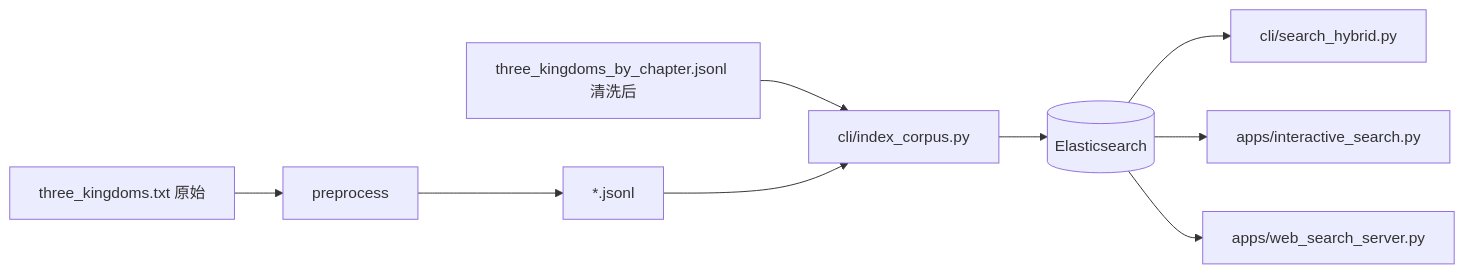
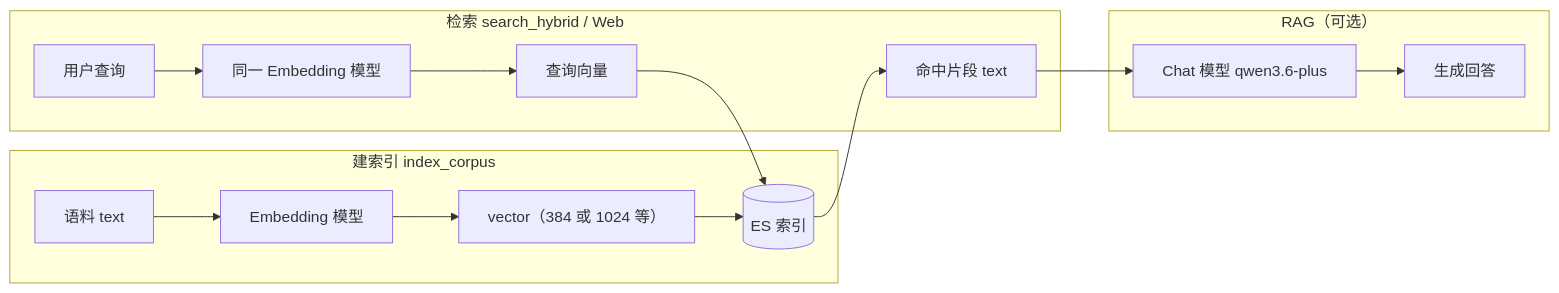
The first of 2 diagrams in README.md (muzhepei/Lite-RAG), drawn with Mermaid before and after one commit. The commit also changed other lines of this file and 23 other files, not shown here.

````diff
--- a/README.md
+++ b/README.md
@@ -546,11 +30,18 @@
 ```mermaid
 flowchart LR
-  A[three_kingdoms.txt 原始] --> B[preprocess]
-  B --> C[*.jsonl]
-  D[three_kingdoms_by_chapter.jsonl 清洗后] --> E[cli/index_corpus.py]
-  C --> E
-  E --> F[(Elasticsearch)]
-  F --> G[cli/search_hybrid.py]
-  F --> H[apps/interactive_search.py]
-  F --> I[apps/web_search_server.py]
+  subgraph index["建索引 index_corpus"]
+    A[语料 text] --> B[Embedding 模型]
+    B --> C["vector（384 或 1024 等）"]
+    C --> D[(ES 索引)]
+  end
+  subgraph search["检索 search_hybrid / Web"]
+    E[用户查询] --> F[同一 Embedding 模型]
+    F --> G[查询向量]
+    G --> D
+    D --> H[命中片段 text]
+  end
+  subgraph rag["RAG（可选）"]
+    H --> I["Chat 模型 qwen3.6-plus"]
+    I --> J[生成回答]
+  end
 ```
````
